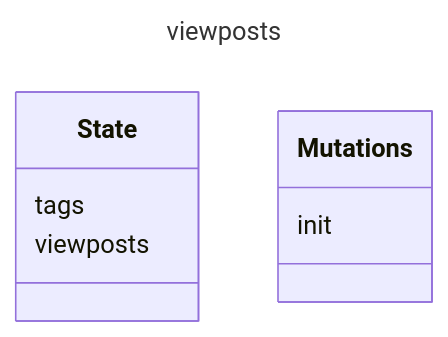
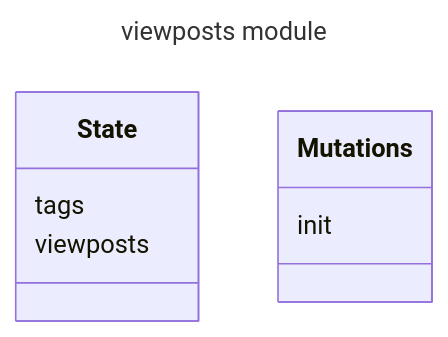
The second of 2 diagrams in README.md (f2xiao/site), drawn with Mermaid before and after one commit.

Commit message:
End of the store-experiment feature

````diff
--- a/README.md
+++ b/README.md
@@ -19,11 +19,11 @@
 ```mermaid
 ---
-title: viewposts
+title: viewposts module
 ---
 classDiagram
   class State
   State : tags
   State : viewposts
   class Mutations
   Mutations : init
 ```
````
